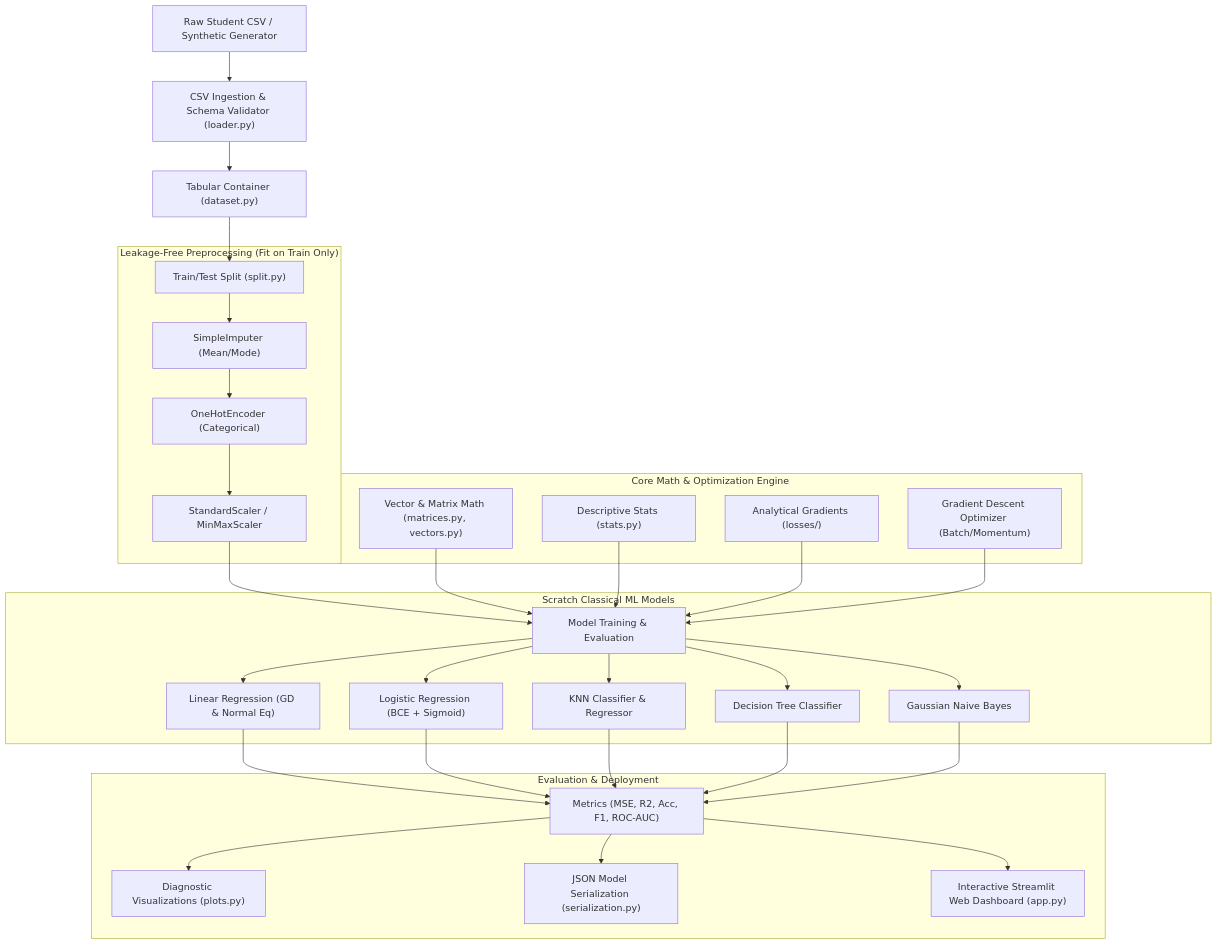
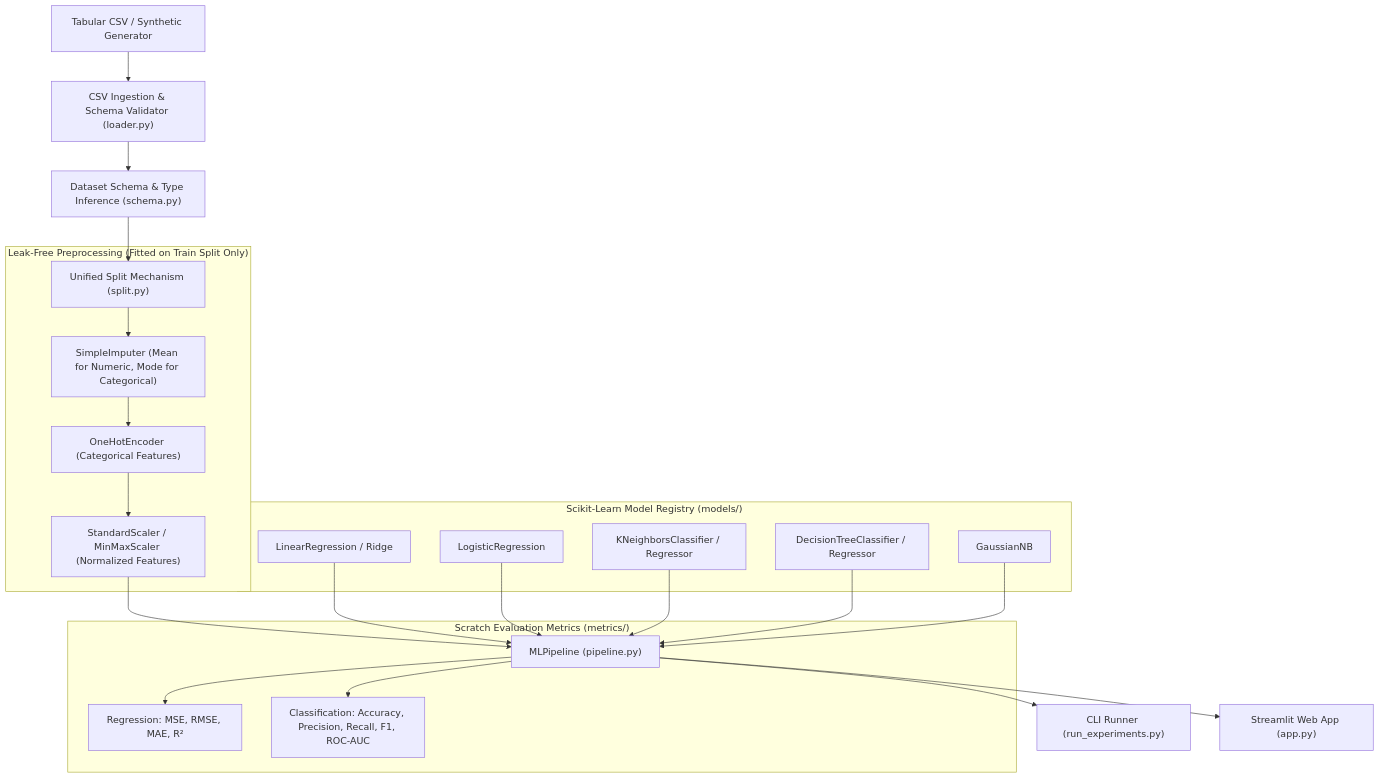
Before and after one commit to Jenish045/EduPredict: the diagram in README.md, drawn with Mermaid. The commit also changed other lines of this file and 41 other files, not shown here.

Commit message:
added usage of scikit-learn

````diff
--- a/README.md
+++ b/README.md
@@ -71,44 +64,35 @@
 ```mermaid
 graph TD
-    A["Raw Student CSV / Synthetic Generator"] --> B["CSV Ingestion & Schema Validator (loader.py)"]
-    B --> C["Tabular Container (dataset.py)"]
-    C --> D["Train/Test Split (split.py)"]
+    A["Tabular CSV / Synthetic Generator"] --> B["CSV Ingestion & Schema Validator (loader.py)"]
+    B --> C["Dataset Schema & Type Inference (schema.py)"]
+    C --> D["Unified Split Mechanism (split.py)"]
     
-    subgraph "Leakage-Free Preprocessing (Fit on Train Only)"
-        D --> E["SimpleImputer (Mean/Mode)"]
-        E --> F["OneHotEncoder (Categorical)"]
-        F --> G["StandardScaler / MinMaxScaler"]
+    subgraph "Leak-Free Preprocessing (Fitted on Train Split Only)"
+        D --> E["SimpleImputer (Mean for Numeric, Mode for Categorical)"]
+        E --> F["OneHotEncoder (Categorical Features)"]
+        F --> G["StandardScaler / MinMaxScaler (Normalized Features)"]
     end
     
-    subgraph "Core Math & Optimization Engine"
-        H["Vector & Matrix Math (matrices.py, vectors.py)"]
-        I["Descriptive Stats (stats.py)"]
-        J["Analytical Gradients (losses/)"]
-        K["Gradient Descent Optimizer (Batch/Momentum)"]
+    subgraph "Scikit-Learn Model Registry (models/)"
+        H1["LinearRegression / Ridge"]
+        H2["LogisticRegression"]
+        H3["KNeighborsClassifier / Regressor"]
+        H4["DecisionTreeClassifier / Regressor"]
+        H5["GaussianNB"]
     end
+
+    G --> I["MLPipeline (pipeline.py)"]
+    H1 --> I
+    H2 --> I
+    H3 --> I
+    H4 --> I
+    H5 --> I
     
-    G --> L["Model Training & Evaluation"]
-    H --> L
-    I --> L
-    J --> L
-    K --> L
-    
-    subgraph "Scratch Classical ML Models"
-        L --> M1["Linear Regression (GD & Normal Eq)"]
-        L --> M2["Logistic Regression (BCE + Sigmoid)"]
-        L --> M3["KNN Classifier & Regressor"]
-        L --> M4["Decision Tree Classifier"]
-        L --> M5["Gaussian Naive Bayes"]
+    subgraph "Scratch Evaluation Metrics (metrics/)"
+        I --> J1["Regression: MSE, RMSE, MAE, R²"]
+        I --> J2["Classification: Accuracy, Precision, Recall, F1, ROC-AUC"]
     end
-    
-    subgraph "Evaluation & Deployment"
-        M1 --> N["Metrics (MSE, R2, Acc, F1, ROC-AUC)"]
-        M2 --> N
-        M3 --> N
-        M4 --> N
-        M5 --> N
-        N --> O["Diagnostic Visualizations (plots.py)"]
-        N --> P["JSON Model Serialization (serialization.py)"]
-        N --> Q["Interactive Streamlit Web Dashboard (app.py)"]
-    end
+
+    I --> K["CLI Runner (run_experiments.py)"]
+    I --> L["Streamlit Web App (app.py)"]
 ```
````
